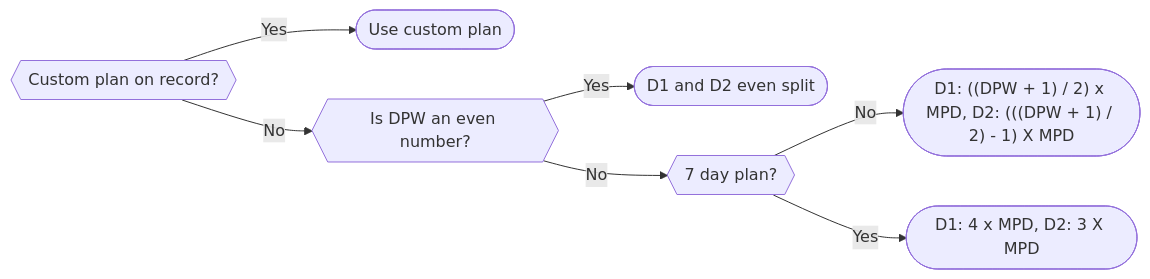
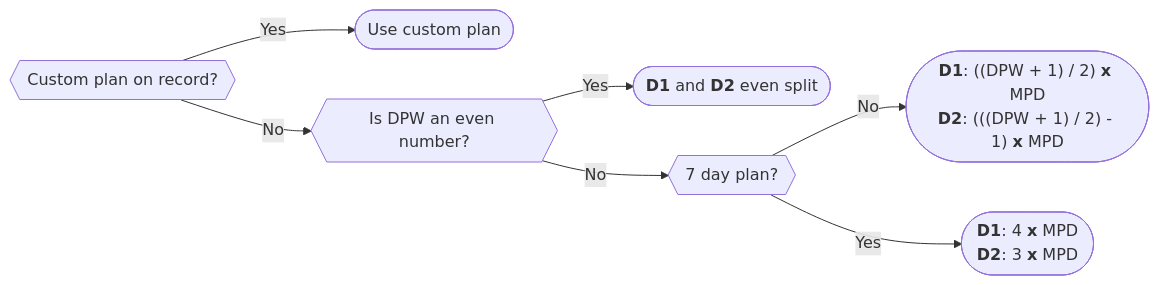
Before and after one commit to the-nutritionist-mcr/online: the diagram in tnm-docs/docs/Application/Features/meal-plan-generation.md, drawn with Mermaid. The commit also changed 2 other files, not shown here.

Commit message:
tweak mermaid

````diff
--- a/tnm-docs/docs/Application/Features/meal-plan-generation.md
+++ b/tnm-docs/docs/Application/Features/meal-plan-generation.md
@@ -35,9 +35,11 @@
 ```mermaid
 flowchart LR
     A{{Custom plan on record?}}-->|Yes|B([Use custom plan])
     A-->|No|D{{Is DPW an even number?}}
-    D-->|Yes|E([D1 and D2 even split])
+    D-->|Yes|E(["`**D1** and **D2** even split`"])
     D-->|No|F{{7 day plan?}}
-    F-->|No|G(["D1: ((DPW + 1) / 2) x MPD, D2: (((DPW + 1) / 2) - 1) X MPD"])
-    F-->|Yes|H(["D1: 4 x MPD, D2: 3 X MPD"])
+    F-->|No|G(["`**D1**: ((DPW + 1) / 2) **x** MPD
+    **D2**: (((DPW + 1) / 2) - 1) **x** MPD`"])
+    F-->|Yes|H(["`**D1**: 4 **x** MPD
+    **D2**: 3 **x** MPD`"])
 ```
````
